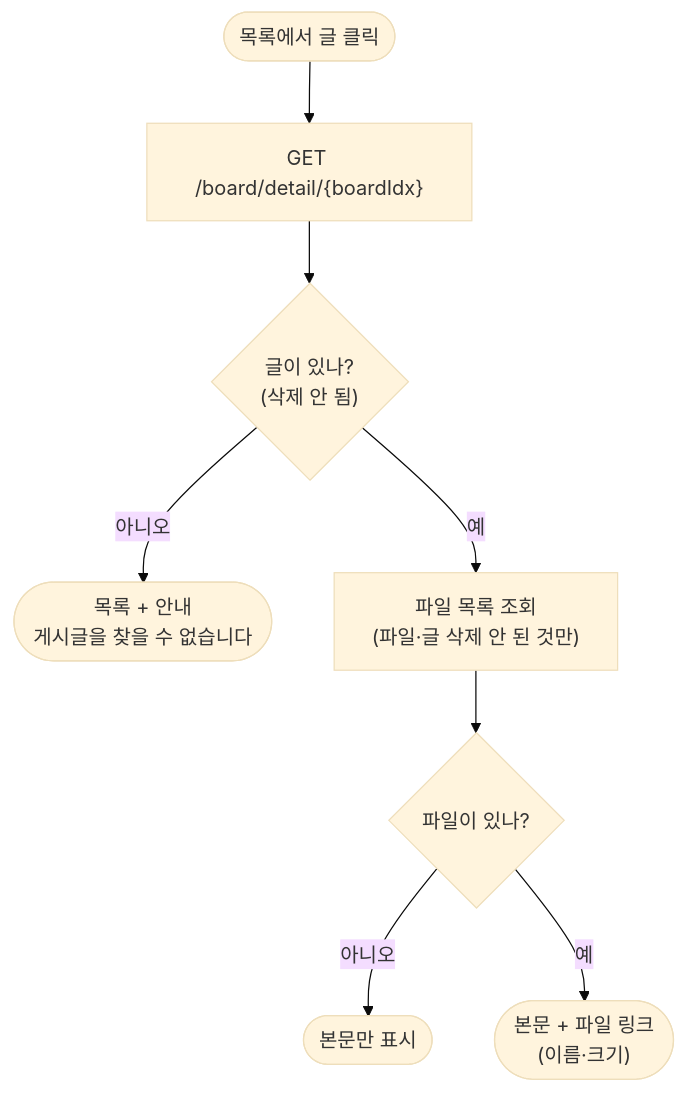
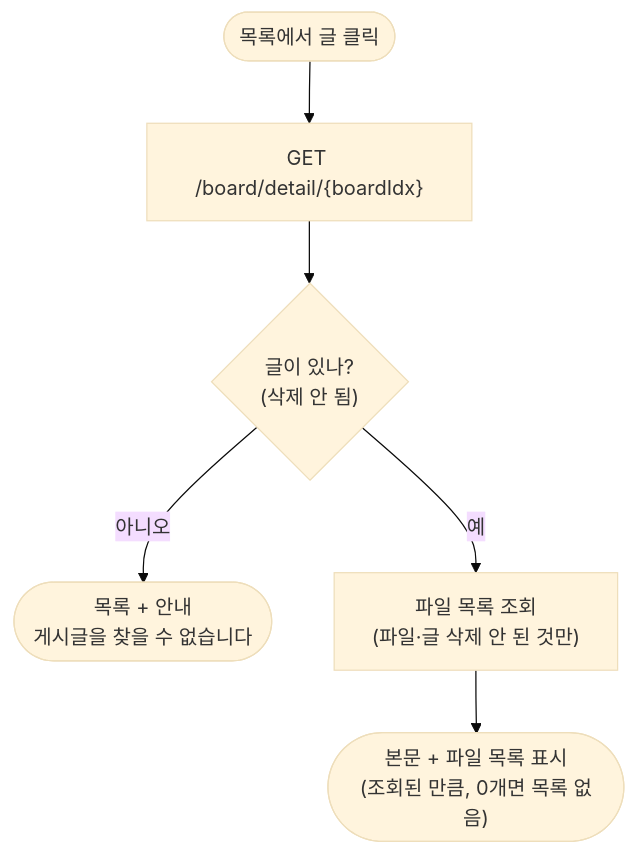
The second of 3 diagrams in design/2026-10-27_글쓰기fetch_파일내려받기.md (dao0612-dot/spring_study), drawn with Mermaid (base theme) before and after one commit. The commit also changed other lines of this file, not shown here.

````diff
--- a/design/2026-10-27_글쓰기fetch_파일내려받기.md
+++ b/design/2026-10-27_글쓰기fetch_파일내려받기.md
@@ -138,10 +142,8 @@
 ```mermaid
 flowchart TD
     A(["목록에서 글 클릭"]) --> B["GET /board/detail/{boardIdx}"]
     B --> C{"글이 있나?<br/>(삭제 안 됨)"}
     C -->|아니오| X(["목록 + 안내<br/>게시글을 찾을 수 없습니다"])
     C -->|예| D["파일 목록 조회<br/>(파일·글 삭제 안 된 것만)"]
-    D --> E{"파일이 있나?"}
-    E -->|아니오| F(["본문만 표시"])
-    E -->|예| G(["본문 + 파일 링크<br/>(이름·크기)"])
+    D --> G(["본문 + 파일 목록 표시<br/>(조회된 만큼, 0개면 목록 없음)"])
 ```
````
